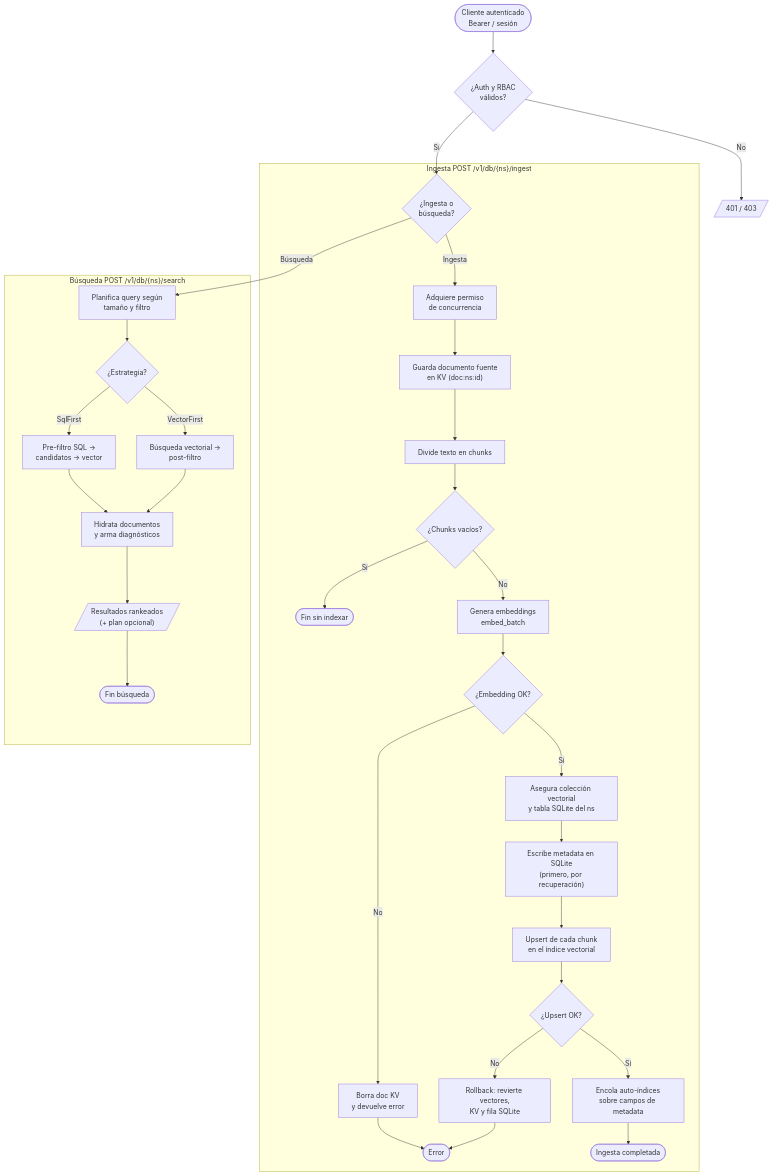
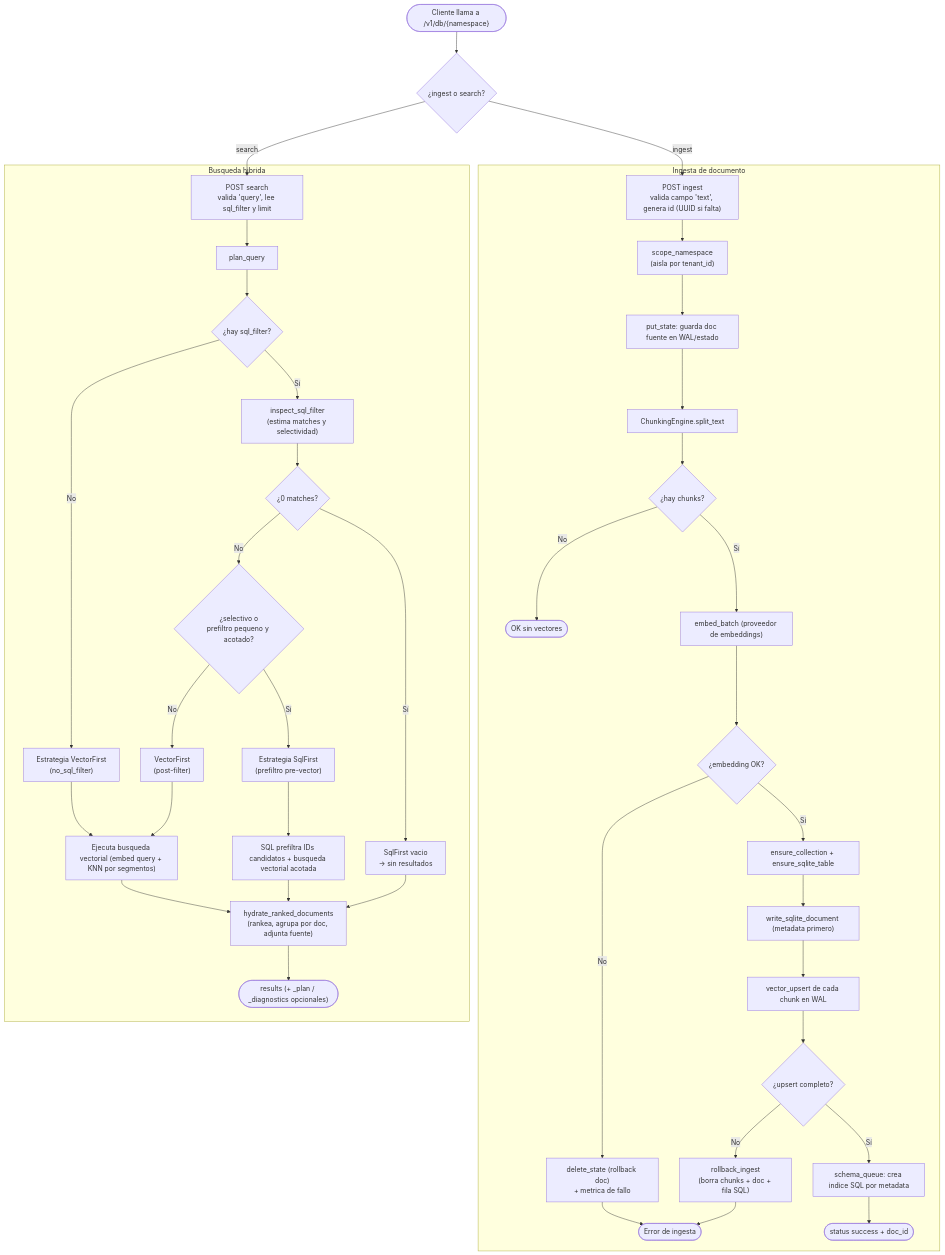
Before and after one commit to Jairodaniel-17/Luma: the diagram in docs/diagrams/flowchart.md, drawn with Mermaid. The commit also changed other lines of this file, not shown here.

Commit message:
docs(diagrams): actualizar flowchart

````diff
--- a/docs/diagrams/flowchart.md
+++ b/docs/diagrams/flowchart.md
@@ -5,37 +5,44 @@
 ```mermaid
 flowchart TD
-  ini(["Cliente autenticado<br/>Bearer / sesión"]) --> auth{"¿Auth y RBAC<br/>válidos?"}
-  auth -->|No| deny[/"401 / 403"/]
-  auth -->|Sí| accion{"¿Ingesta o<br/>búsqueda?"}
+  ini(["Cliente llama a /v1/db/{namespace}"]) --> op{"¿ingest o search?"}
 
-  subgraph "Ingesta POST /v1/db/{ns}/ingest"
-    accion -->|Ingesta| permit["Adquiere permiso<br/>de concurrencia"]
-    permit --> store["Guarda documento fuente<br/>en KV (doc:ns:id)"]
-    store --> chunk["Divide texto en chunks"]
-    chunk --> vacio{"¿Chunks vacíos?"}
-    vacio -->|Sí| finish(["Fin sin indexar"])
-    vacio -->|No| embed["Genera embeddings<br/>embed_batch"]
-    embed --> emberr{"¿Embedding OK?"}
-    emberr -->|No| rberr["Borra doc KV<br/>y devuelve error"]
-    rberr --> err(["Error"])
-    emberr -->|Sí| ensure["Asegura colección vectorial<br/>y tabla SQLite del ns"]
-    ensure --> sqlw["Escribe metadata en SQLite<br/>(primero, por recuperación)"]
-    sqlw --> vecw["Upsert de cada chunk<br/>en el índice vectorial"]
-    vecw --> vecok{"¿Upsert OK?"}
-    vecok -->|No| rollback["Rollback: revierte vectores,\nKV y fila SQLite"]
-    rollback --> err
-    vecok -->|Sí| idx["Encola auto-índices<br/>sobre campos de metadata"]
-    idx --> done(["Ingesta completada"])
+  subgraph "Ingesta de documento"
+    ing1["POST ingest<br/>valida campo 'text', genera id (UUID si falta)"] --> ing2["scope_namespace<br/>(aisla por tenant_id)"]
+    ing2 --> ing3["put_state: guarda doc fuente en WAL/estado"]
+    ing3 --> ing4["ChunkingEngine.split_text"]
+    ing4 --> chk{"¿hay chunks?"}
+    chk -->|No| fin1(["OK sin vectores"])
+    chk -->|Sí| ing5["embed_batch (proveedor de embeddings)"]
+    ing5 --> emb{"¿embedding OK?"}
+    emb -->|No| rb1["delete_state (rollback doc)<br/>+ metrica de fallo"] --> errI(["Error de ingesta"])
+    emb -->|Sí| ing6["ensure_collection + ensure_sqlite_table"]
+    ing6 --> ing7["write_sqlite_document (metadata primero)"]
+    ing7 --> ing8["vector_upsert de cada chunk en WAL"]
+    ing8 --> ups{"¿upsert completo?"}
+    ups -->|No| rb2["rollback_ingest<br/>(borra chunks + doc + fila SQL)"] --> errI
+    ups -->|Sí| ing9["schema_queue: crea indice SQL por metadata"]
+    ing9 --> finI(["status success + doc_id"])
   end
 
-  subgraph "Búsqueda POST /v1/db/{ns}/search"
-    accion -->|Búsqueda| plan["Planifica query según<br/>tamaño y filtro"]
-    plan --> strat{"¿Estrategia?"}
-    strat -->|SqlFirst| sqlf["Pre-filtro SQL →<br/>candidatos → vector"]
-    strat -->|VectorFirst| vecf["Búsqueda vectorial →<br/>post-filtro"]
-    sqlf --> hyd["Hidrata documentos<br/>y arma diagnósticos"]
-    vecf --> hyd
-    hyd --> res[/"Resultados rankeados<br/>(+ plan opcional)"/]
-    res --> endsearch(["Fin búsqueda"])
+  subgraph "Busqueda hibrida"
+    se1["POST search<br/>valida 'query', lee sql_filter y limit"] --> se2["plan_query"]
+    se2 --> pf{"¿hay sql_filter?"}
+    pf -->|No| stV["Estrategia VectorFirst<br/>(no_sql_filter)"]
+    pf -->|Sí| ins["inspect_sql_filter<br/>(estima matches y selectividad)"]
+    ins --> zero{"¿0 matches?"}
+    zero -->|Sí| empty["SqlFirst vacio<br/>-> sin resultados"]
+    zero -->|No| sel{"¿selectivo o<br/>prefiltro pequeno y acotado?"}
+    sel -->|Sí| stS["Estrategia SqlFirst<br/>(prefiltro pre-vector)"]
+    sel -->|No| stV2["VectorFirst<br/>(post-filter)"]
+    stV --> exec["Ejecuta busqueda vectorial (embed query + KNN por segmentos)"]
+    stV2 --> exec
+    stS --> execS["SQL prefiltra IDs candidatos + busqueda vectorial acotada"]
+    exec --> hyd["hydrate_ranked_documents<br/>(rankea, agrupa por doc, adjunta fuente)"]
+    execS --> hyd
+    empty --> hyd
+    hyd --> finS(["results (+ _plan / _diagnostics opcionales)"])
   end
+
+  op -->|ingest| ing1
+  op -->|search| se1
 ```
````
